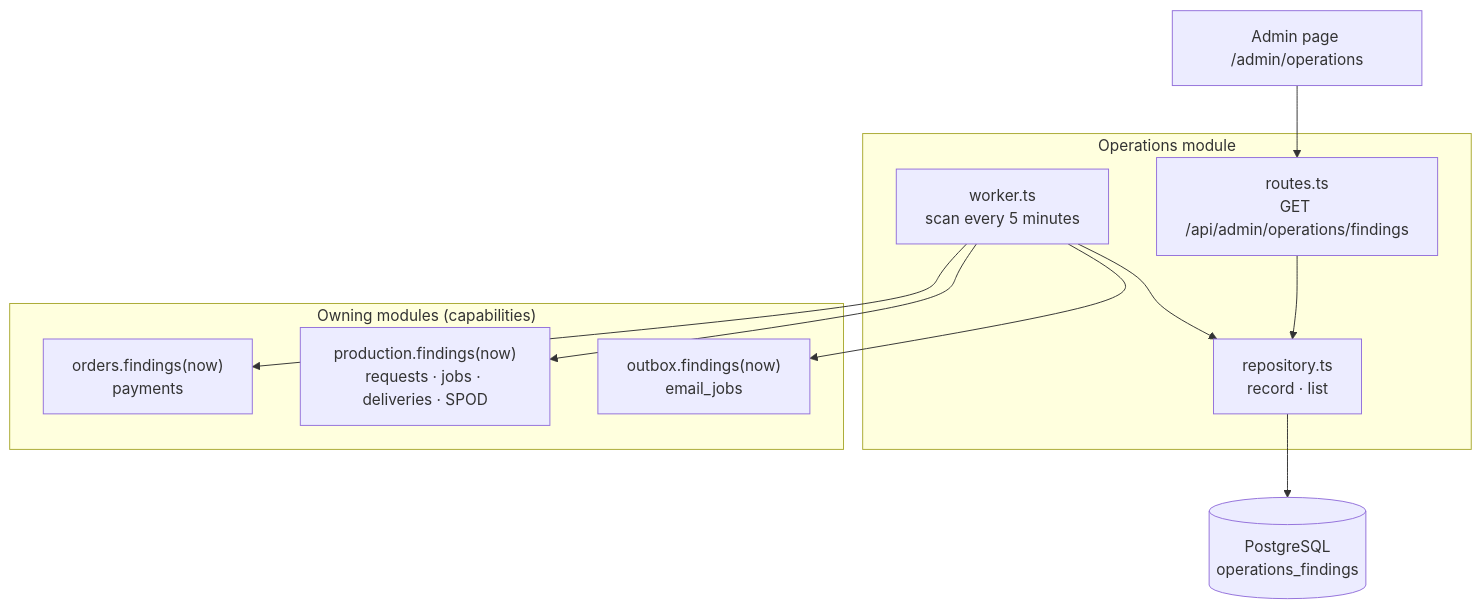
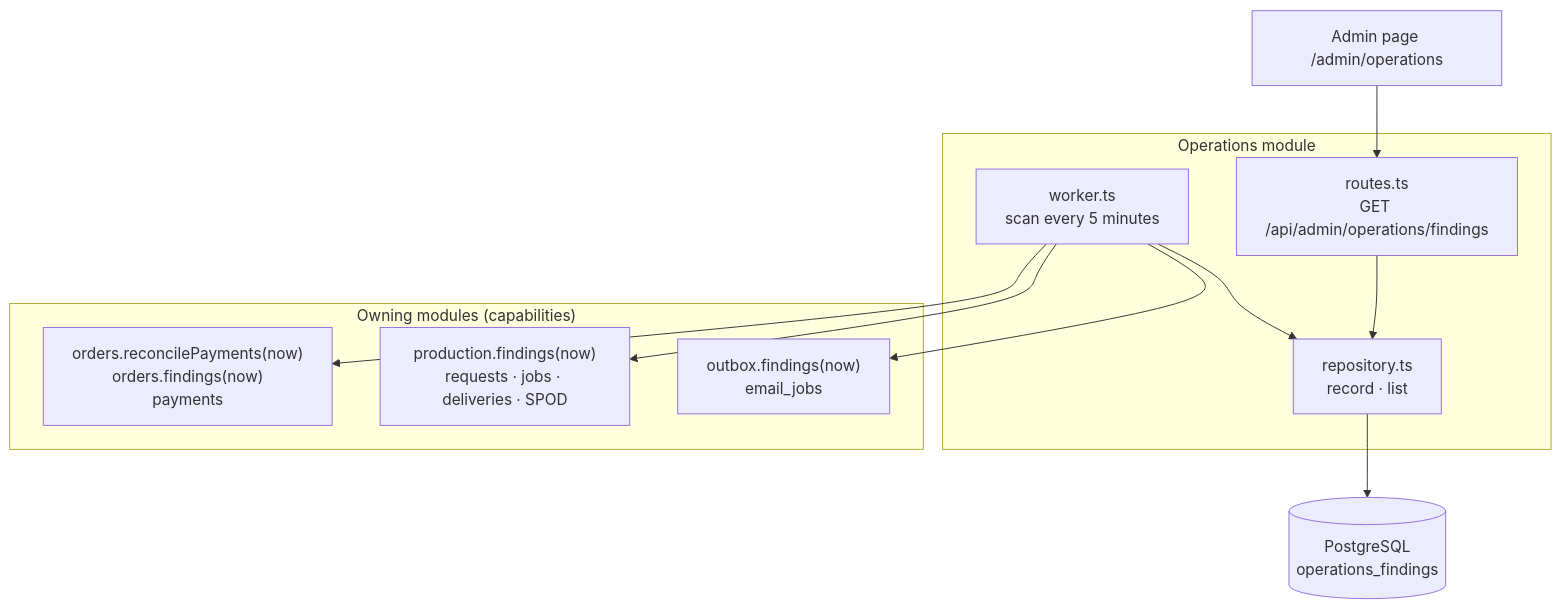
The diagram in docs/dev/backend-ts/packages/operations-package.md (bitstorm-tech/voenix-shop-kotlin), drawn with Mermaid before and after one commit. The commit also changed other lines of this file and 8 other files, not shown here.

Commit message:
Reconcile payments under way with Mollie before every operations scan (#282 T2)

````diff
--- a/docs/dev/backend-ts/packages/operations-package.md
+++ b/docs/dev/backend-ts/packages/operations-package.md
@@ -41,22 +43,22 @@
 ```mermaid
 flowchart TB
     Admin["Admin page /admin/operations"]
 
     subgraph Operations["Operations module"]
         Routes["routes.ts<br/>GET /api/admin/operations/findings"]
         Worker["worker.ts<br/>scan every 5 minutes"]
         Repository["repository.ts<br/>record · list"]
     end
 
     subgraph Owners["Owning modules (capabilities)"]
-        Orders["orders.findings(now)<br/>payments"]
+        Orders["orders.reconcilePayments(now)<br/>orders.findings(now)<br/>payments"]
         Production["production.findings(now)<br/>requests · jobs · deliveries · SPOD"]
         Outbox["outbox.findings(now)<br/>email_jobs"]
     end
 
     Table[("PostgreSQL<br/>operations_findings")]
 
     Admin --> Routes --> Repository
     Worker --> Orders & Production & Outbox
     Worker --> Repository --> Table
 ```
````
